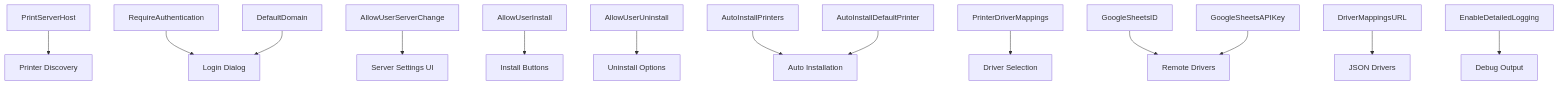
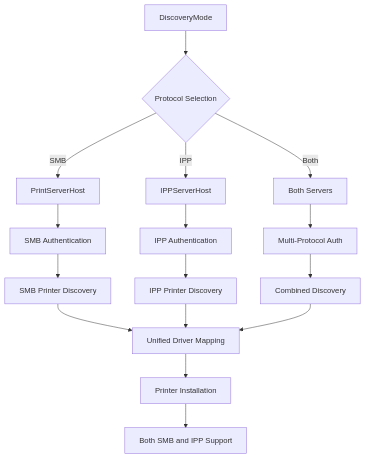
The diagram in README.md (hov172/MacNetworkPrinters), drawn with Mermaid before and after one commit. The commit also changed other lines of this file and 3 other files, not shown here.

Commit message:
docs: replace SMB/USB edition docs with multi-protocol IPP edition docs

````diff
--- a/README.md
+++ b/README.md
@@ -1240,16 +960,22 @@
 ```mermaid
 graph TD
-    A[PrintServerHost] --> B[Printer Discovery]
-    C[RequireAuthentication] --> D[Login Dialog]
-    E[DefaultDomain] --> D
-    F[AllowUserServerChange] --> G[Server Settings UI]
-    H[AllowUserInstall] --> I[Install Buttons]
-    J[AllowUserUninstall] --> K[Uninstall Options]
-    L[AutoInstallPrinters] --> M[Auto Installation]
-    N[AutoInstallDefaultPrinter] --> M
-    O[PrinterDriverMappings] --> P[Driver Selection]
-    Q[GoogleSheetsID] --> R[Remote Drivers]
-    S[GoogleSheetsAPIKey] --> R
-    T[DriverMappingsURL] --> U[JSON Drivers]
-    V[EnableDetailedLogging] --> W[Debug Output]
+    A[DiscoveryMode] --> B{Protocol Selection}
+    B -->|SMB| C[PrintServerHost]
+    B -->|IPP| D[IPPServerHost]
+    B -->|Both| E[Both Servers]
+    
+    C --> F[SMB Authentication]
+    D --> G[IPP Authentication]
+    E --> H[Multi-Protocol Auth]
+    
+    F --> I[SMB Printer Discovery]
+    G --> J[IPP Printer Discovery]
+    H --> K[Combined Discovery]
+    
+    I --> L[Unified Driver Mapping]
+    J --> L
+    K --> L
+    
+    L --> M[Printer Installation]
+    M --> N[Both SMB and IPP Support]
 ```
````
